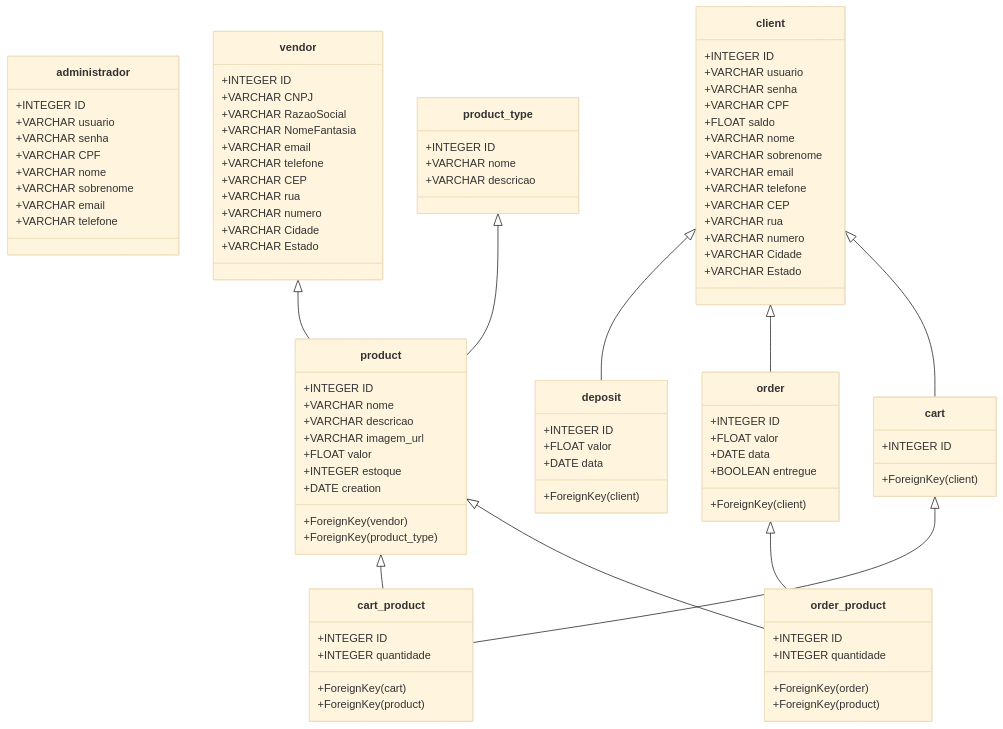
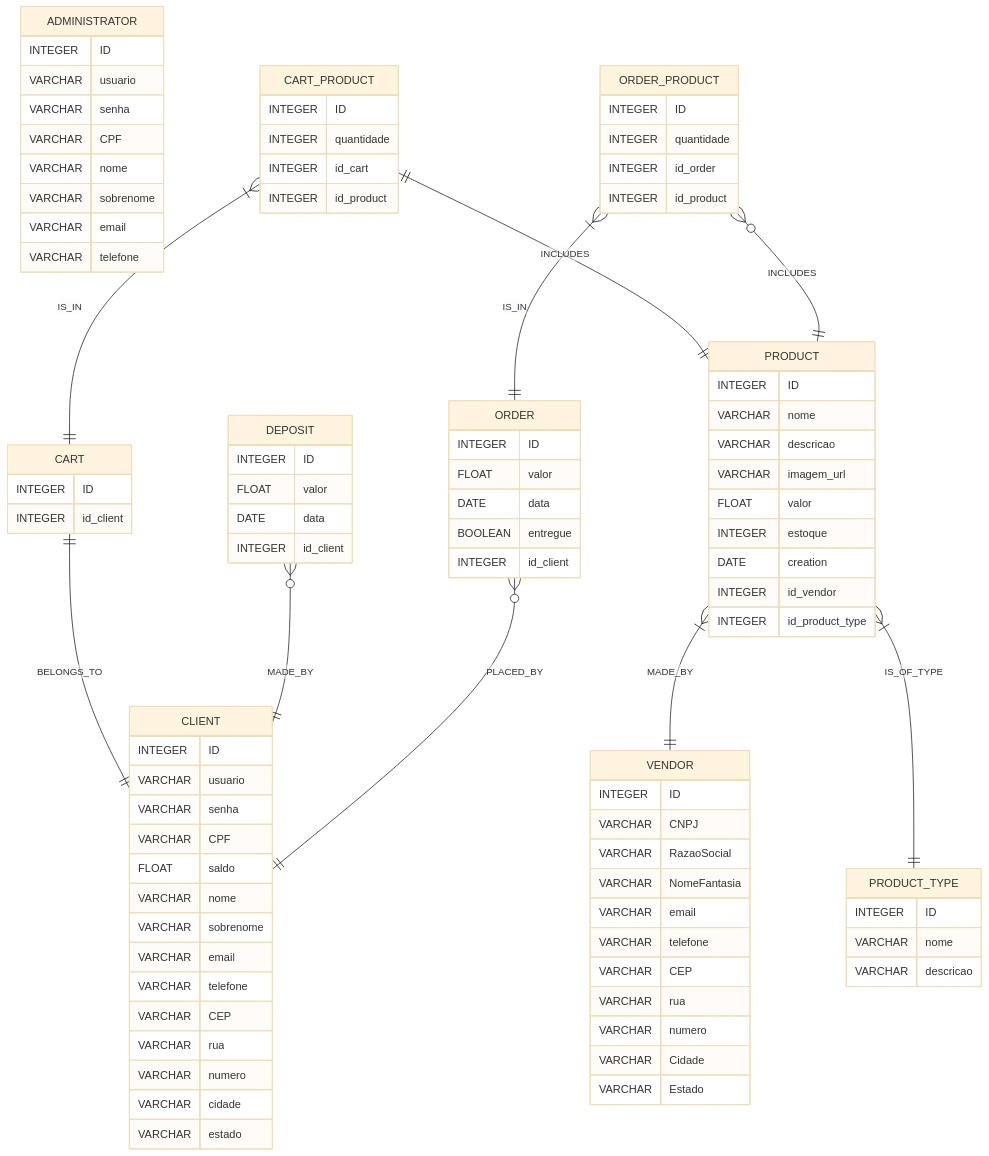
One commit to WhitePoodleMoth/TrendStyle changed the diagram in Diagram/Database.mermaid. Above: the diagram before and after it, drawn with Mermaid (base theme). The commit also changed 3 other files, not shown here.

```diff
--- a/Diagram/Database.mermaid
+++ b/Diagram/Database.mermaid
@@ -1,107 +1,95 @@
-classDiagram
-    class administrador{
-        +INTEGER ID
-        +VARCHAR usuario
-        +VARCHAR senha
-        +VARCHAR CPF
-        +VARCHAR nome
-        +VARCHAR sobrenome
-        +VARCHAR email
-        +VARCHAR telefone
+erDiagram
+    ADMINISTRATOR {
+        INTEGER ID
+        VARCHAR usuario
+        VARCHAR senha
+        VARCHAR CPF
+        VARCHAR nome
+        VARCHAR sobrenome
+        VARCHAR email
+        VARCHAR telefone
+    }
+    VENDOR {
+        INTEGER ID
+        VARCHAR CNPJ
+        VARCHAR RazaoSocial
+        VARCHAR NomeFantasia
+        VARCHAR email
+        VARCHAR telefone
+        VARCHAR CEP
+        VARCHAR rua
+        VARCHAR numero
+        VARCHAR Cidade
+        VARCHAR Estado
+    }
+    CLIENT {
+        INTEGER ID
+        VARCHAR usuario
+        VARCHAR senha
+        VARCHAR CPF
+        FLOAT saldo
+        VARCHAR nome
+        VARCHAR sobrenome
+        VARCHAR email
+        VARCHAR telefone
+        VARCHAR CEP
+        VARCHAR rua
+        VARCHAR numero
+        VARCHAR cidade
+        VARCHAR estado
+    }
+    PRODUCT_TYPE {
+        INTEGER ID
+        VARCHAR nome
+        VARCHAR descricao
+    }
+    PRODUCT {
+        INTEGER ID
+        VARCHAR nome
+        VARCHAR descricao
+        VARCHAR imagem_url
+        FLOAT valor
+        INTEGER estoque
+        DATE creation
+        INTEGER id_vendor
+        INTEGER id_product_type
+    }
+    CART {
+        INTEGER ID
+        INTEGER id_client
+    }
+    CART_PRODUCT {
+        INTEGER ID
+        INTEGER quantidade
+        INTEGER id_cart
+        INTEGER id_product
+    }
+    DEPOSIT {
+        INTEGER ID
+        FLOAT valor
+        DATE data
+        INTEGER id_client
+    }
+    ORDER {
+        INTEGER ID
+        FLOAT valor
+        DATE data
+        BOOLEAN entregue
+        INTEGER id_client
+    }
+    ORDER_PRODUCT {
+        INTEGER ID
+        INTEGER quantidade
+        INTEGER id_order
+        INTEGER id_product
     }
 
-    class vendor{
-        +INTEGER ID
-        +VARCHAR CNPJ
-        +VARCHAR RazaoSocial
-        +VARCHAR NomeFantasia
-        +VARCHAR email
-        +VARCHAR telefone
-        +VARCHAR CEP
-        +VARCHAR rua
-        +VARCHAR numero
-        +VARCHAR Cidade
-        +VARCHAR Estado
-    }
-
-    class client{
-        +INTEGER ID
-        +VARCHAR usuario
-        +VARCHAR senha
-        +VARCHAR CPF
-        +FLOAT saldo
-        +VARCHAR nome
-        +VARCHAR sobrenome
-        +VARCHAR email
-        +VARCHAR telefone
-        +VARCHAR CEP
-        +VARCHAR rua
-        +VARCHAR numero
-        +VARCHAR Cidade
-        +VARCHAR Estado
-    }
-    
-    class product_type{
-        +INTEGER ID
-        +VARCHAR nome
-        +VARCHAR descricao
-    }
-
-    class product{
-        +INTEGER ID
-        +VARCHAR nome
-        +VARCHAR descricao
-        +VARCHAR imagem_url
-        +FLOAT valor
-        +INTEGER estoque
-        +DATE creation
-        +ForeignKey (vendor)
-        +ForeignKey (product_type)
-    }
-
-    class cart{
-        +INTEGER ID
-        +ForeignKey (client)
-    }
-
-    class cart_product{
-        +INTEGER ID
-        +ForeignKey (cart)
-        +ForeignKey (product)
-        +INTEGER quantidade
-    }
-
-    class deposit{
-        +INTEGER ID
-        +ForeignKey (client)
-        +FLOAT valor
-        +DATE data
-    }
-
-    class order{
-        +INTEGER ID
-        +ForeignKey (client)
-        +FLOAT valor
-        +DATE data
-        +BOOLEAN entregue
-    }
-
-    class order_product{
-        +INTEGER ID
-        +ForeignKey (order)
-        +ForeignKey (product)
-        +INTEGER quantidade
-    }
-
-    client <|-- deposit
-    client <|-- order
-    client <|-- cart
-
-    vendor <|-- product
-
-    product  <|-- cart_product
-    product_type <|-- product
-    cart <|-- cart_product
-
-    order <|-- order_product
-    product <|-- order_product
+    PRODUCT }|--|| VENDOR : MADE_BY
+    PRODUCT }|--|| PRODUCT_TYPE : IS_OF_TYPE
+    CART ||--|| CLIENT : BELONGS_TO
+    CART_PRODUCT }|--|| CART : IS_IN
+    CART_PRODUCT ||--|| PRODUCT : INCLUDES
+    DEPOSIT }o--|| CLIENT : MADE_BY
+    ORDER }o--|| CLIENT : PLACED_BY
+    ORDER_PRODUCT }|--|| ORDER : IS_IN
+    ORDER_PRODUCT }o--|| PRODUCT : INCLUDES
```
